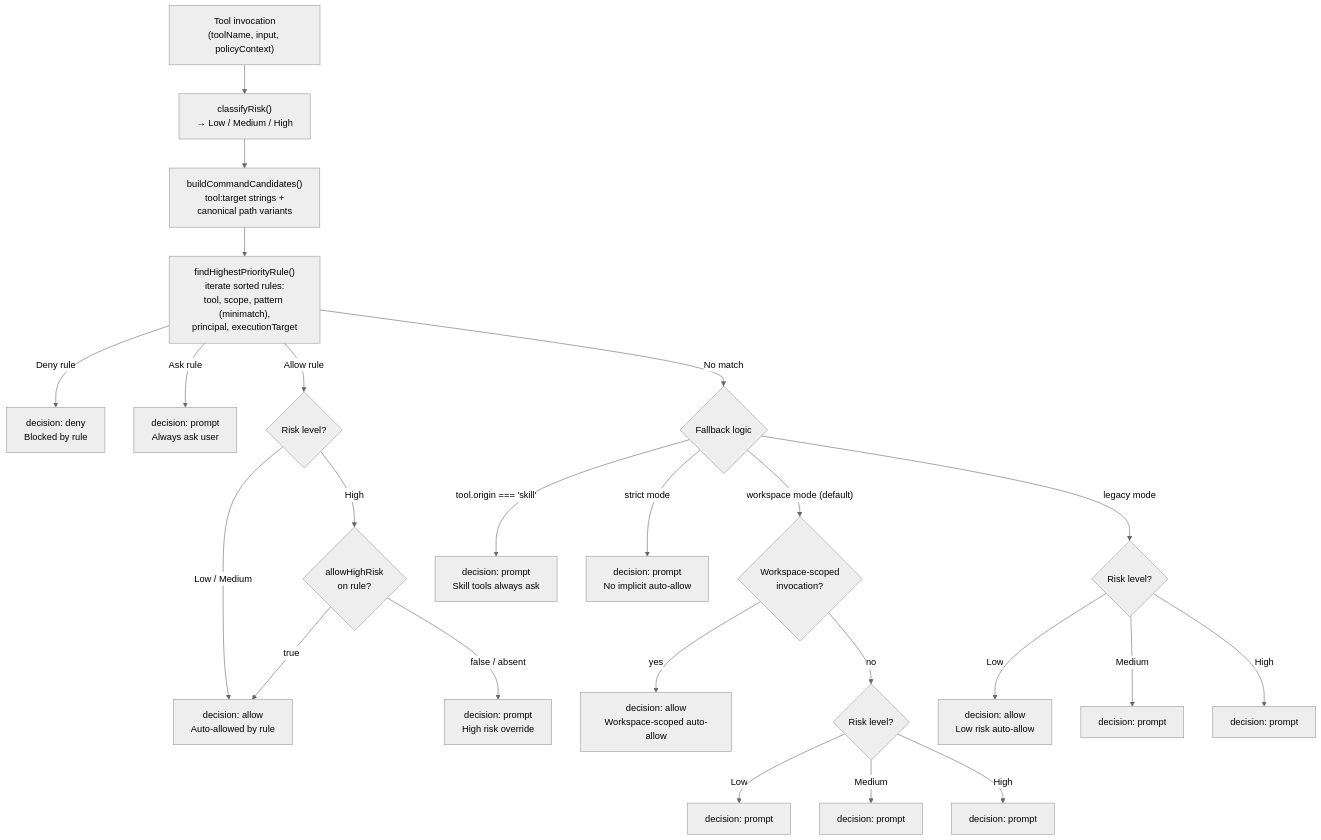
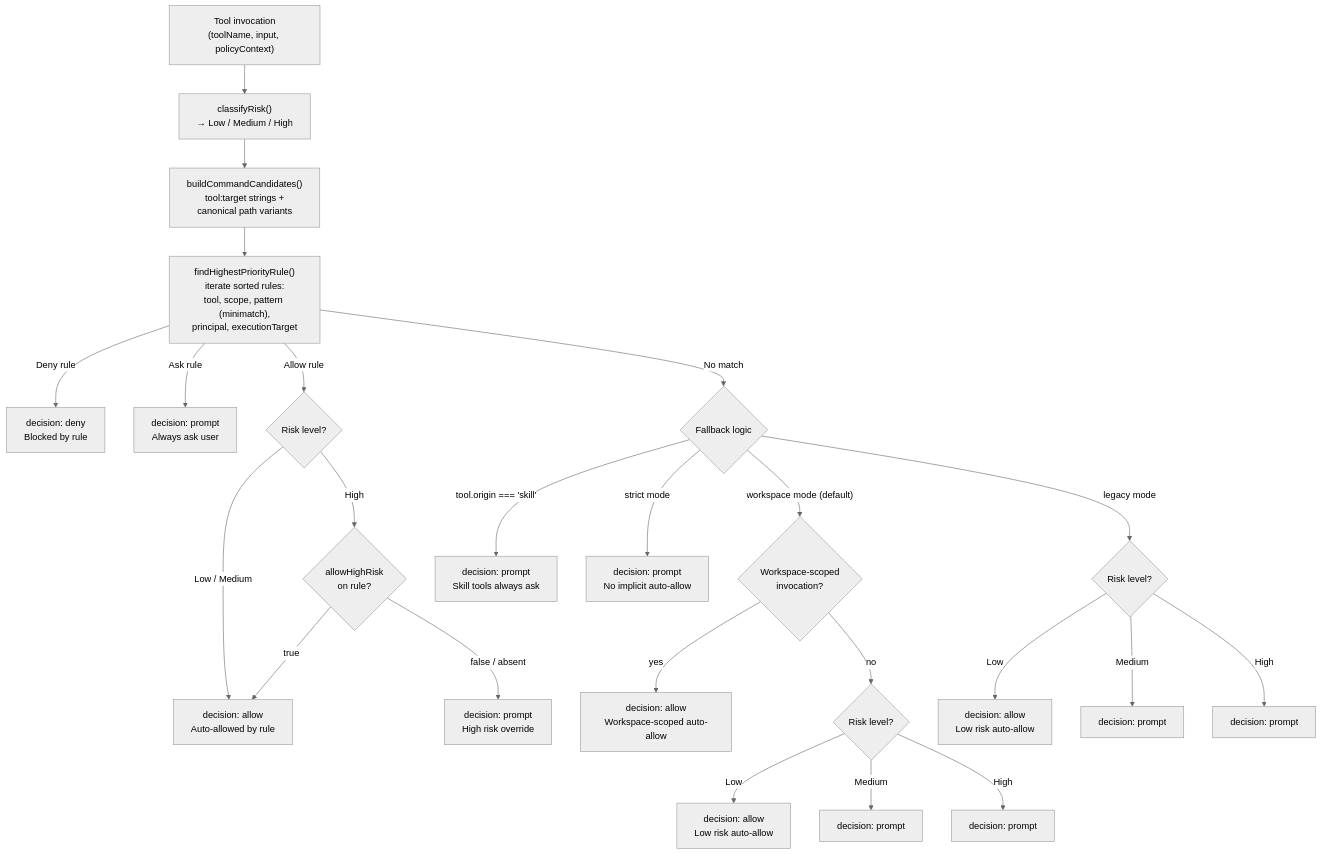
Before and after one commit to vchaitanyachowdari/vellum-assistant: diagram 25 of 50 in ARCHITECTURE.md, drawn with Mermaid (neutral theme). The commit also changed other lines of this file, not shown here.

Commit message:
docs: fix workspace mode flow diagram and behavior table in ARCHITECTURE.md (#6322)

````diff
--- a/ARCHITECTURE.md
+++ b/ARCHITECTURE.md
@@ -1868,29 +1868,29 @@
 ```mermaid
 graph TB
     TOOL_CALL["Tool invocation<br/>(toolName, input, policyContext)"] --> CLASSIFY["classifyRisk()<br/>→ Low / Medium / High"]
     CLASSIFY --> CANDIDATES["buildCommandCandidates()<br/>tool:target strings +<br/>canonical path variants"]
     CANDIDATES --> FIND_RULE["findHighestPriorityRule()<br/>iterate sorted rules:<br/>tool, scope, pattern (minimatch),<br/>principal, executionTarget"]
 
     FIND_RULE -->|"Deny rule"| DENY["decision: deny<br/>Blocked by rule"]
     FIND_RULE -->|"Ask rule"| PROMPT_ASK["decision: prompt<br/>Always ask user"]
     FIND_RULE -->|"Allow rule"| RISK_CHECK{"Risk level?"}
     FIND_RULE -->|"No match"| NO_MATCH{"Fallback logic"}
 
     RISK_CHECK -->|"Low / Medium"| AUTO_ALLOW["decision: allow<br/>Auto-allowed by rule"]
     RISK_CHECK -->|"High"| HIGH_CHECK{"allowHighRisk<br/>on rule?"}
     HIGH_CHECK -->|"true"| AUTO_ALLOW
     HIGH_CHECK -->|"false / absent"| PROMPT_HIGH["decision: prompt<br/>High risk override"]
 
     NO_MATCH -->|"tool.origin === 'skill'"| PROMPT_SKILL["decision: prompt<br/>Skill tools always ask"]
     NO_MATCH -->|"strict mode"| PROMPT_STRICT["decision: prompt<br/>No implicit auto-allow"]
     NO_MATCH -->|"workspace mode (default)"| WS_CHECK{"Workspace-scoped<br/>invocation?"}
     WS_CHECK -->|"yes"| AUTO_WS["decision: allow<br/>Workspace-scoped auto-allow"]
     WS_CHECK -->|"no"| RISK_FALLBACK_WS{"Risk level?"}
-    RISK_FALLBACK_WS -->|"Low"| PROMPT_WS_LOW["decision: prompt"]
+    RISK_FALLBACK_WS -->|"Low"| AUTO_WS_LOW["decision: allow<br/>Low risk auto-allow"]
     RISK_FALLBACK_WS -->|"Medium"| PROMPT_WS_MED["decision: prompt"]
     RISK_FALLBACK_WS -->|"High"| PROMPT_WS_HIGH["decision: prompt"]
     NO_MATCH -->|"legacy mode"| RISK_FALLBACK{"Risk level?"}
     RISK_FALLBACK -->|"Low"| AUTO_LOW["decision: allow<br/>Low risk auto-allow"]
     RISK_FALLBACK -->|"Medium"| PROMPT_MED["decision: prompt"]
     RISK_FALLBACK -->|"High"| PROMPT_HIGH2["decision: prompt"]
 ```
````
